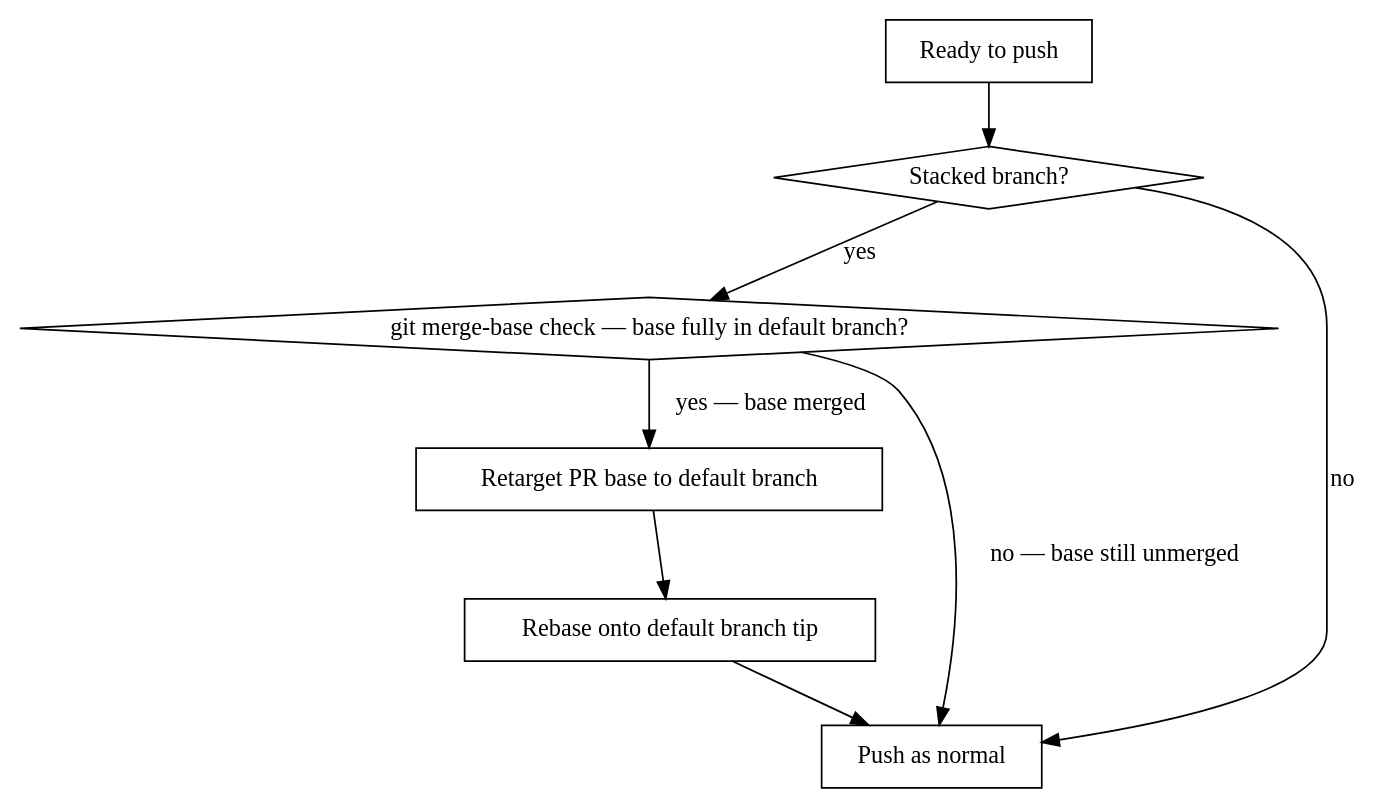
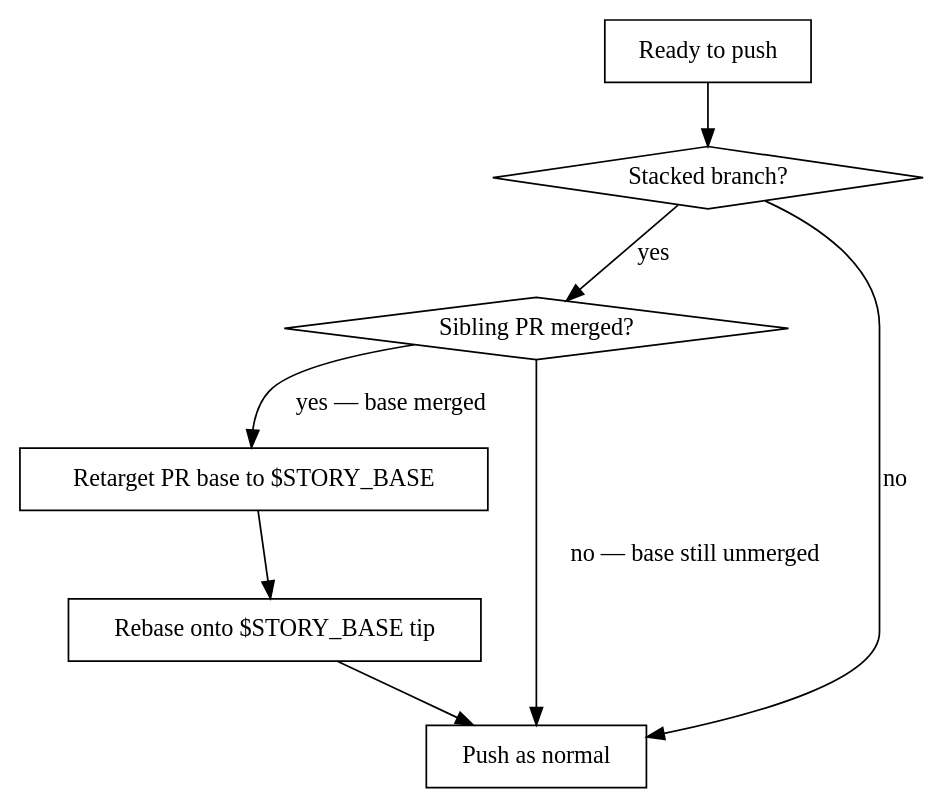
The second of 2 diagrams in skills/mav-stacked-prs/SKILL.md (thermiteau/maverick), drawn with Graphviz before and after one commit. The commit also changed other lines of this file and 19 other files, not shown here.

````diff
--- a/skills/mav-stacked-prs/SKILL.md
+++ b/skills/mav-stacked-prs/SKILL.md
@@ -80,18 +86,18 @@
 ```dot
 digraph retarget {
     "Ready to push" [shape=box];
     "Stacked branch?" [shape=diamond];
-    "git merge-base check — base fully in default branch?" [shape=diamond];
-    "Retarget PR base to default branch" [shape=box];
-    "Rebase onto default branch tip" [shape=box];
+    "Sibling PR merged?" [shape=diamond];
+    "Retarget PR base to $STORY_BASE" [shape=box];
+    "Rebase onto $STORY_BASE tip" [shape=box];
     "Push as normal" [shape=box];
 
     "Ready to push" -> "Stacked branch?";
-    "Stacked branch?" -> "git merge-base check — base fully in default branch?" [label="yes"];
+    "Stacked branch?" -> "Sibling PR merged?" [label="yes"];
     "Stacked branch?" -> "Push as normal" [label="no"];
-    "git merge-base check — base fully in default branch?" -> "Retarget PR base to default branch" [label="yes — base merged"];
-    "git merge-base check — base fully in default branch?" -> "Push as normal" [label="no — base still unmerged"];
-    "Retarget PR base to default branch" -> "Rebase onto default branch tip";
-    "Rebase onto default branch tip" -> "Push as normal";
+    "Sibling PR merged?" -> "Retarget PR base to $STORY_BASE" [label="yes — base merged"];
+    "Sibling PR merged?" -> "Push as normal" [label="no — base still unmerged"];
+    "Retarget PR base to $STORY_BASE" -> "Rebase onto $STORY_BASE tip";
+    "Rebase onto $STORY_BASE tip" -> "Push as normal";
 }
 ```
````
